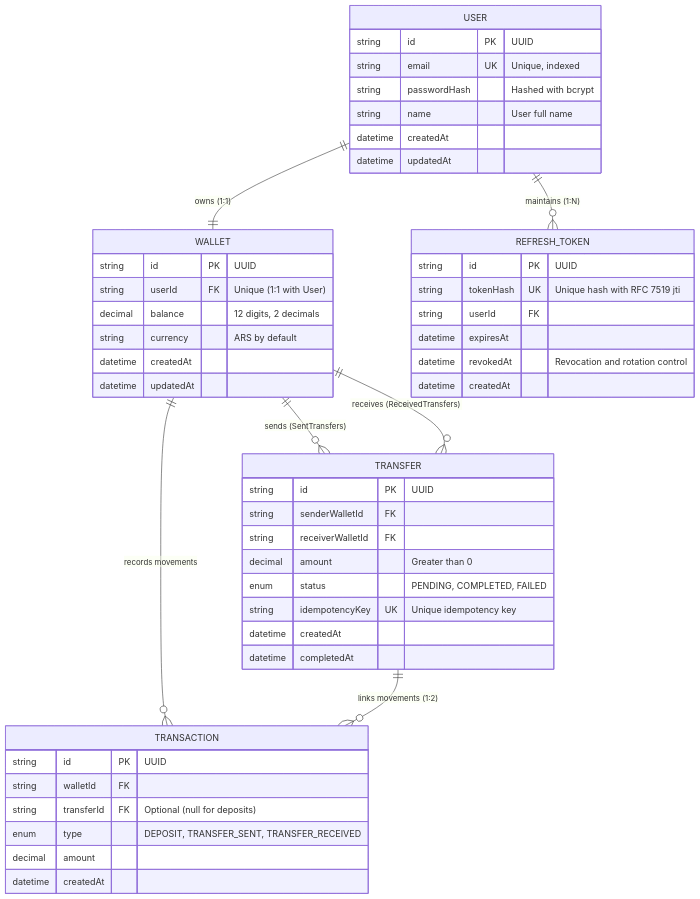
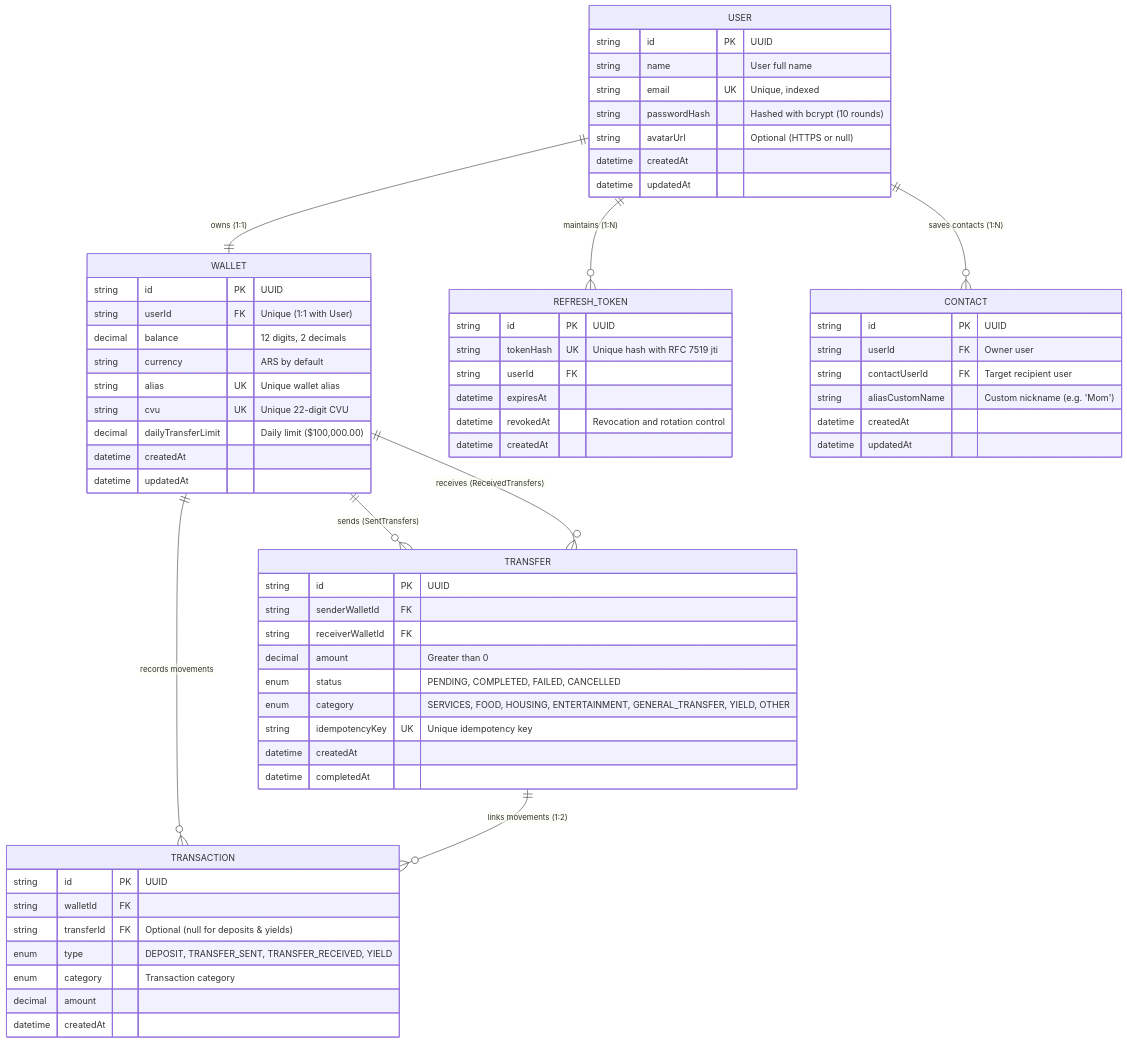
One commit to Calegaris/proyecto-4-minipay changed the second of 2 diagrams in README.md. Above: the diagram before and after it, drawn with Mermaid. The commit also changed other lines of this file, not shown here.

````diff
--- a/README.md
+++ b/README.md
@@ -224,56 +275,72 @@
 ```mermaid
 erDiagram
     USER ||--|| WALLET : "owns (1:1)"
     USER ||--o{ REFRESH_TOKEN : "maintains (1:N)"
+    USER ||--o{ CONTACT : "saves contacts (1:N)"
     WALLET ||--o{ TRANSFER : "sends (SentTransfers)"
     WALLET ||--o{ TRANSFER : "receives (ReceivedTransfers)"
     WALLET ||--o{ TRANSACTION : "records movements"
     TRANSFER ||--o{ TRANSACTION : "links movements (1:2)"
 
     USER {
         string id PK "UUID"
+        string name "User full name"
         string email UK "Unique, indexed"
-        string passwordHash "Hashed with bcrypt"
-        string name "User full name"
+        string passwordHash "Hashed with bcrypt (10 rounds)"
+        string avatarUrl "Optional (HTTPS or null)"
         datetime createdAt
         datetime updatedAt
     }
 
     WALLET {
         string id PK "UUID"
         string userId FK "Unique (1:1 with User)"
         decimal balance "12 digits, 2 decimals"
         string currency "ARS by default"
+        string alias UK "Unique wallet alias"
+        string cvu UK "Unique 22-digit CVU"
+        decimal dailyTransferLimit "Daily limit ($100,000.00)"
         datetime createdAt
         datetime updatedAt
     }
 
     TRANSFER {
         string id PK "UUID"
         string senderWalletId FK
         string receiverWalletId FK
         decimal amount "Greater than 0"
-        enum status "PENDING, COMPLETED, FAILED"
+        enum status "PENDING, COMPLETED, FAILED, CANCELLED"
+        enum category "SERVICES, FOOD, HOUSING, ENTERTAINMENT, GENERAL_TRANSFER, YIELD, OTHER"
         string idempotencyKey UK "Unique idempotency key"
         datetime createdAt
         datetime completedAt
     }
 
     TRANSACTION {
         string id PK "UUID"
         string walletId FK
-        string transferId FK "Optional (null for deposits)"
-        enum type "DEPOSIT, TRANSFER_SENT, TRANSFER_RECEIVED"
+        string transferId FK "Optional (null for deposits & yields)"
+        enum type "DEPOSIT, TRANSFER_SENT, TRANSFER_RECEIVED, YIELD"
+        enum category "Transaction category"
         decimal amount
         datetime createdAt
     }
 
     REFRESH_TOKEN {
         string id PK "UUID"
         string tokenHash UK "Unique hash with RFC 7519 jti"
         string userId FK
         datetime expiresAt
         datetime revokedAt "Revocation and rotation control"
         datetime createdAt
     }
+
+    CONTACT {
+        string id PK "UUID"
+        string userId FK "Owner user"
+        string contactUserId FK "Target recipient user"
+        string aliasCustomName "Custom nickname (e.g. 'Mom')"
+        datetime createdAt
+        datetime updatedAt
+    }
 ```
````
